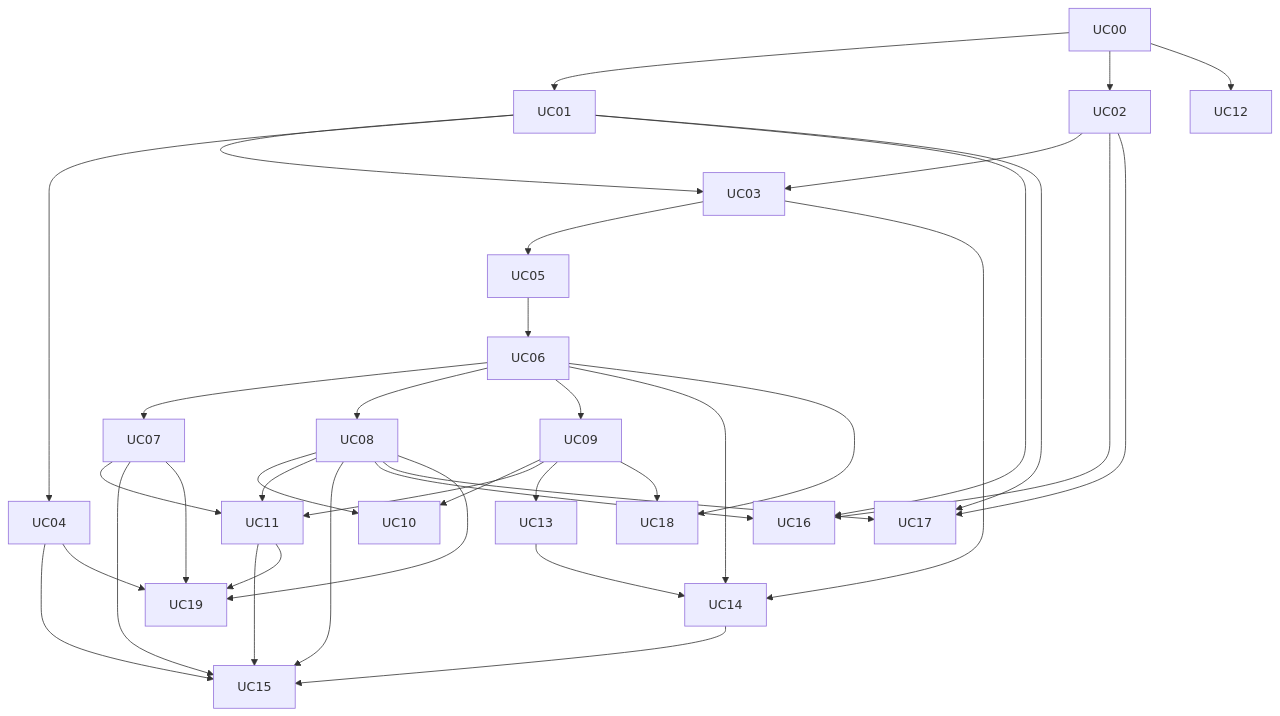
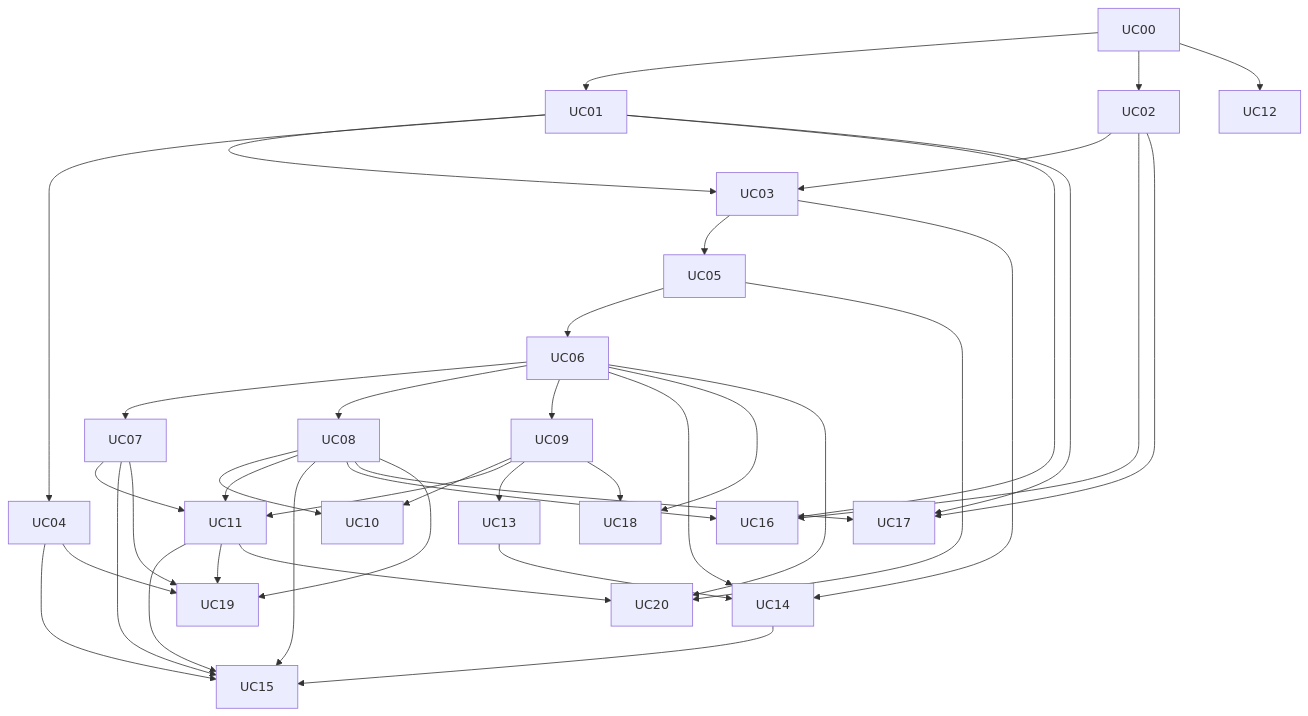
Before and after one commit to jsoladur/monthly-expenses: the diagram in docs/usecases/UC-INDEX.md, drawn with Mermaid. The commit also changed other lines of this file and 33 other files, not shown here.

````diff
--- a/docs/usecases/UC-INDEX.md
+++ b/docs/usecases/UC-INDEX.md
@@ -47,18 +48,19 @@
 ```mermaid
 flowchart TD
     UC00 --> UC01 --> UC03 --> UC05 --> UC06
     UC00 --> UC02 --> UC03
     UC01 --> UC04
     UC06 --> UC07 & UC08 & UC09
     UC08 & UC09 --> UC10
     UC07 & UC08 & UC09 --> UC11
     UC09 --> UC13
     UC03 & UC06 --> UC14
     UC13 --> UC14
     UC00 --> UC12
     UC04 & UC07 & UC08 & UC11 & UC14 --> UC15
     UC01 & UC02 & UC08 --> UC16
     UC01 & UC02 & UC08 --> UC17
     UC06 & UC09 --> UC18
     UC04 & UC07 & UC08 & UC11 --> UC19
+    UC05 & UC06 & UC11 --> UC20
 ```
````
